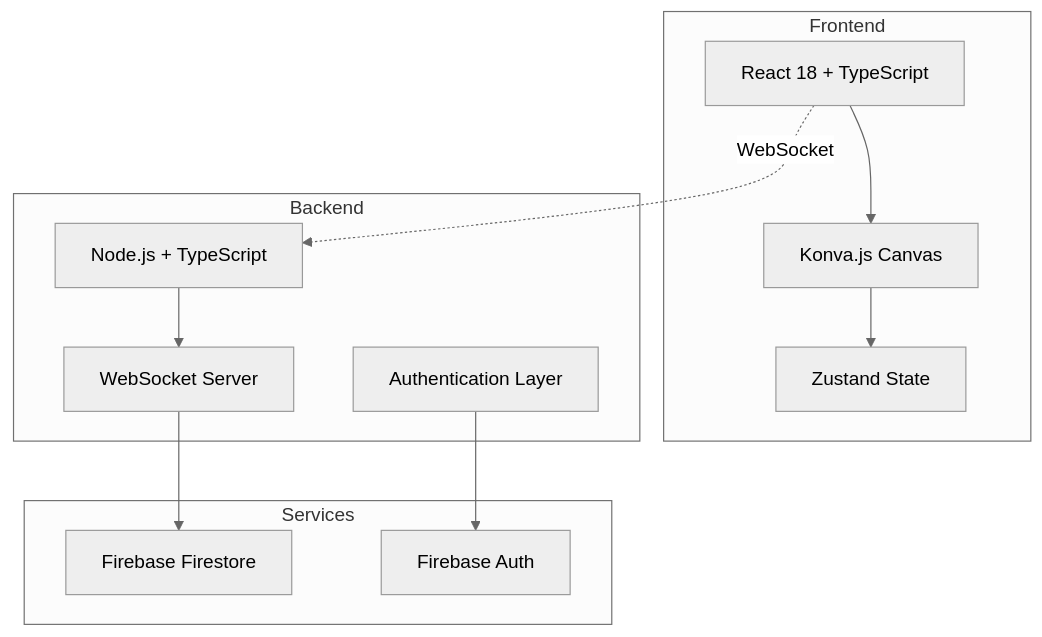
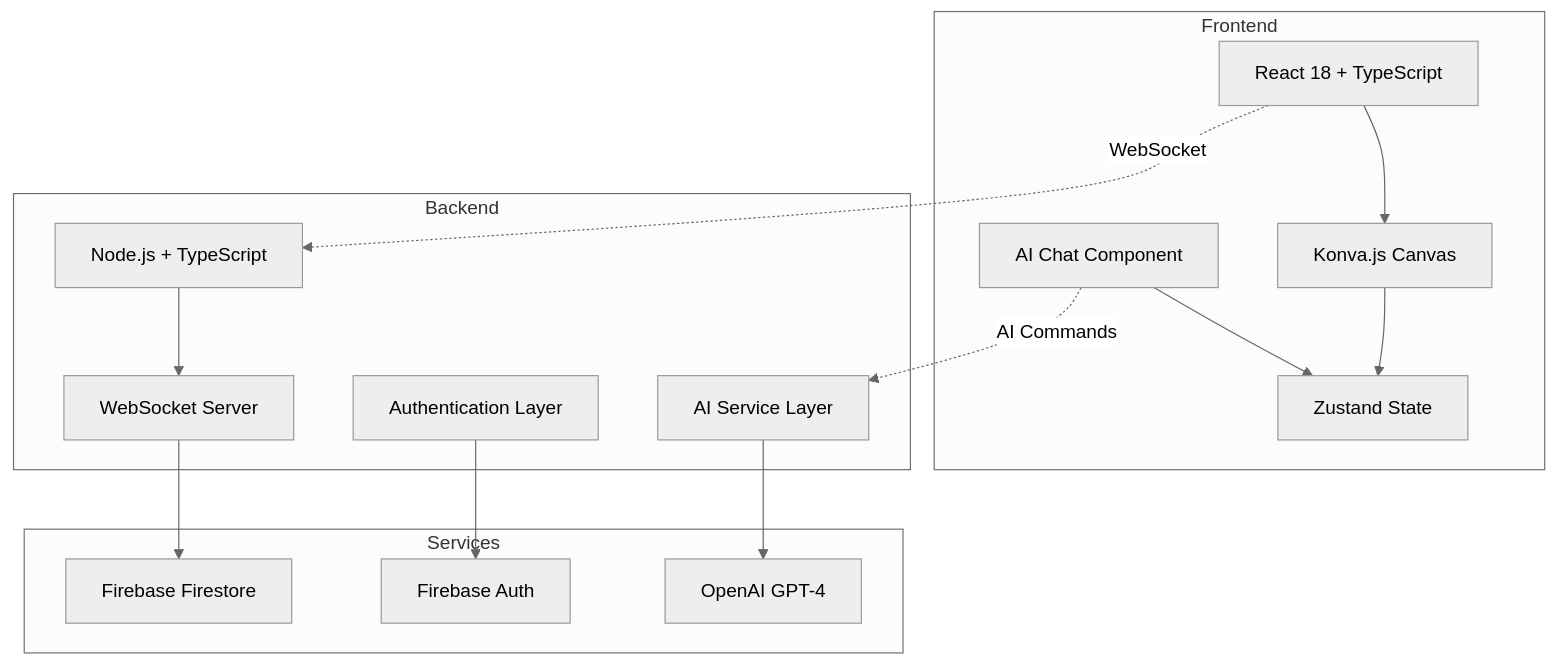
The diagram in README.md (RasheedLewis/collab-canvas), drawn with Mermaid (neutral theme) before and after one commit. The commit also changed other lines of this file and 1 other file, not shown here.

````diff
--- a/README.md
+++ b/README.md
@@ -71,26 +78,32 @@
 ```mermaid
 graph TB
     subgraph "Frontend"
         React["React 18 + TypeScript"]
         Konva["Konva.js Canvas"]
         Zustand["Zustand State"]
+        AIChat["AI Chat Component"]
     end
     
     subgraph "Backend"
         Node["Node.js + TypeScript"]
         WS["WebSocket Server"]
         Auth["Authentication Layer"]
+        AIService["AI Service Layer"]
     end
     
     subgraph "Services"
         Firebase["Firebase Firestore"]
         FirebaseAuth["Firebase Auth"]
+        OpenAI["OpenAI GPT-4"]
     end
     
     React --> Konva
     Konva --> Zustand
+    AIChat --> Zustand
     React -.->|WebSocket| Node
+    AIChat -.->|AI Commands| AIService
     Node --> WS
     WS --> Firebase
     Auth --> FirebaseAuth
+    AIService --> OpenAI
 ```
````
